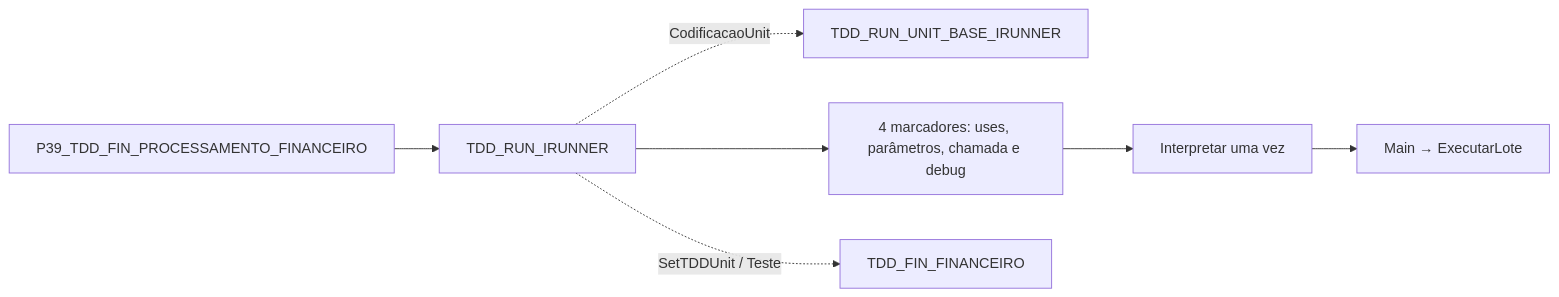
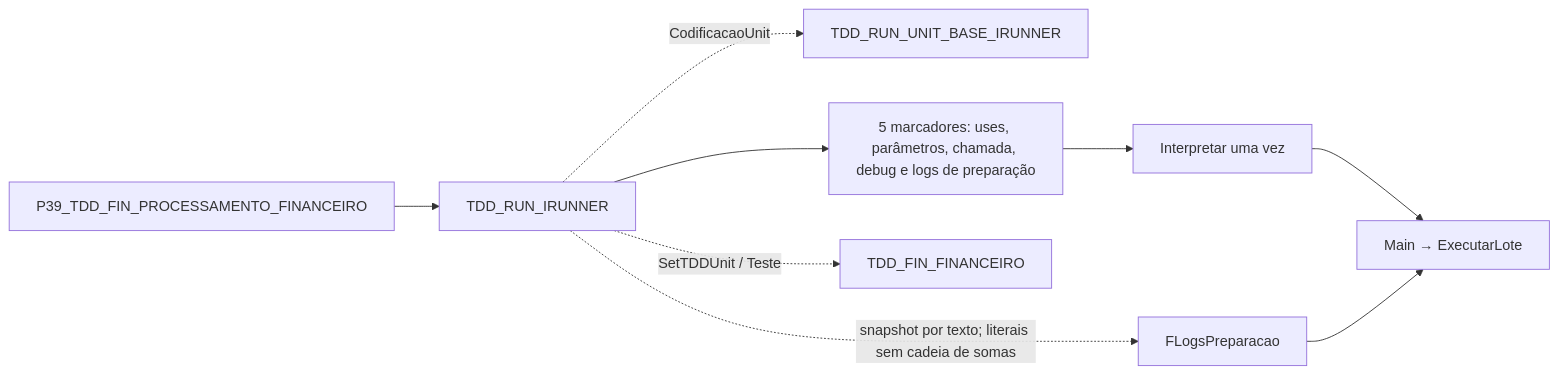
One commit to ModulosTestesAutomatizados/TestesAutomatizadosERP changed the diagram in docs/MAPEAMENTO_AST_USES_UNITS/runner/geracao.md. Above: the diagram before and after it, drawn with Mermaid. The commit also changed other lines of this file and 28 other files, not shown here.

````diff
--- a/docs/MAPEAMENTO_AST_USES_UNITS/runner/geracao.md
+++ b/docs/MAPEAMENTO_AST_USES_UNITS/runner/geracao.md
@@ -3,9 +3,11 @@
 ```mermaid
 flowchart LR
  P39_TDD_FIN_PROCESSAMENTO_FINANCEIRO --> TDD_RUN_IRUNNER
  TDD_RUN_IRUNNER -. "CodificacaoUnit" .-> TDD_RUN_UNIT_BASE_IRUNNER
- TDD_RUN_IRUNNER --> M["4 marcadores: uses, parâmetros, chamada e debug"]
+ TDD_RUN_IRUNNER --> M["5 marcadores: uses, parâmetros, chamada, debug e logs de preparação"]
  M --> I["Interpretar uma vez"]
  I --> L["Main → ExecutarLote"]
+ TDD_RUN_IRUNNER -. "snapshot por texto; literais sem cadeia de somas" .-> P["FLogsPreparacao"]
+ P --> L
  TDD_RUN_IRUNNER -. "SetTDDUnit / Teste" .-> TDD_FIN_FINANCEIRO
 ```
````
